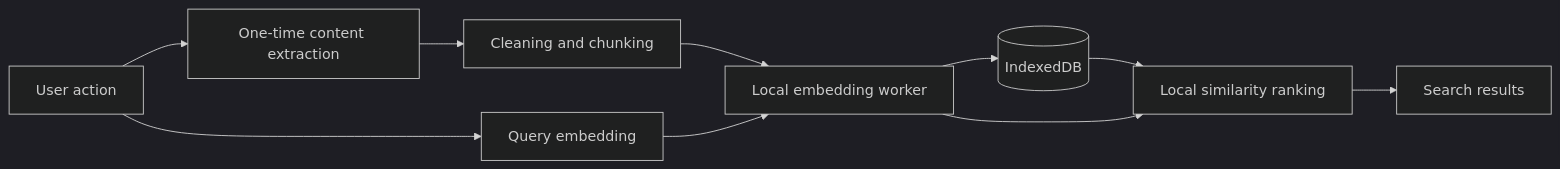
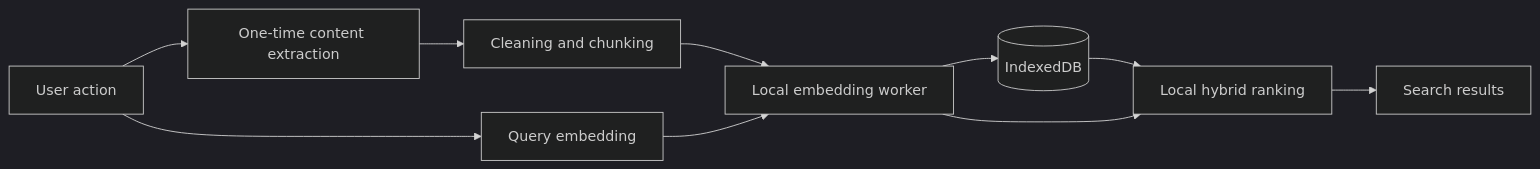
Before and after one commit to Md-Hamzah-Omair/on-core: the diagram in README.md, drawn with Mermaid (dark theme). The commit also changed other lines of this file and 35 other files, not shown here.

````diff
--- a/README.md
+++ b/README.md
@@ -37,12 +39,12 @@
 ```mermaid
 flowchart LR
   U[User action] --> E[One-time content extraction]
   E --> C[Cleaning and chunking]
   C --> W[Local embedding worker]
   W --> DB[(IndexedDB)]
   U --> Q[Query embedding]
   Q --> W
-  DB --> R[Local similarity ranking]
+  DB --> R[Local hybrid ranking]
   W --> R
   R --> S[Search results]
 ```
````
